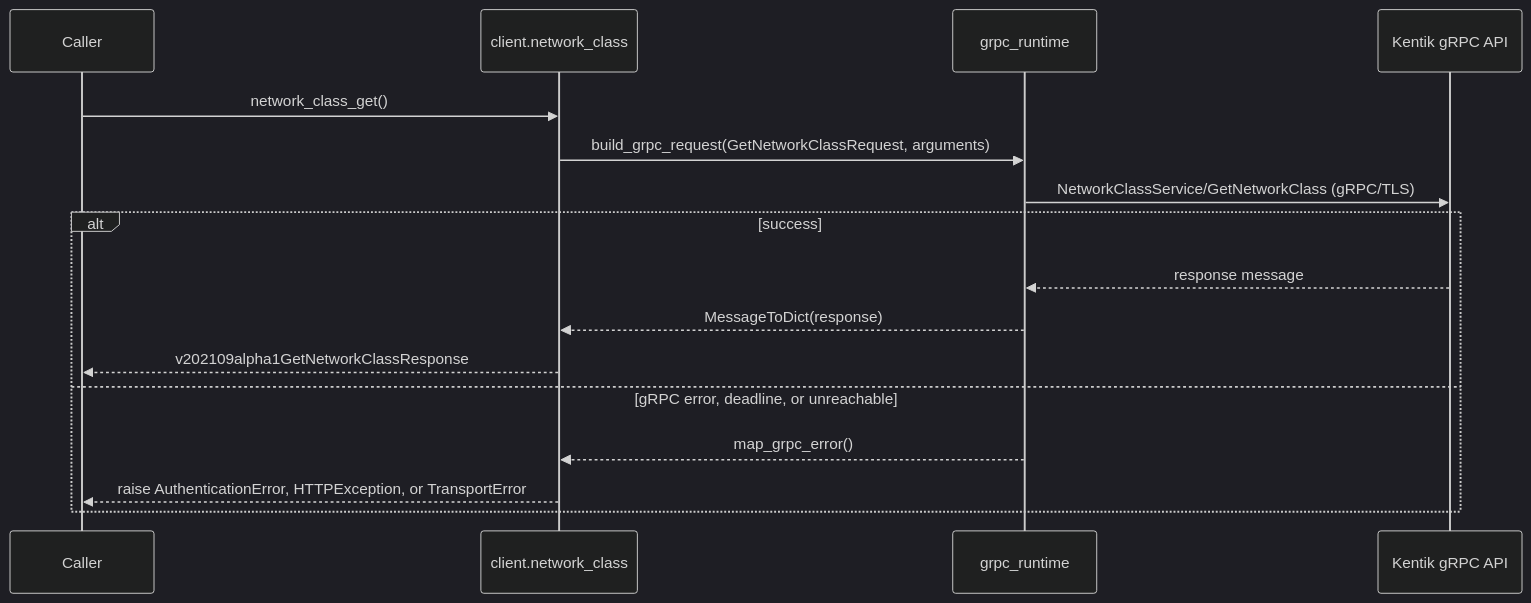
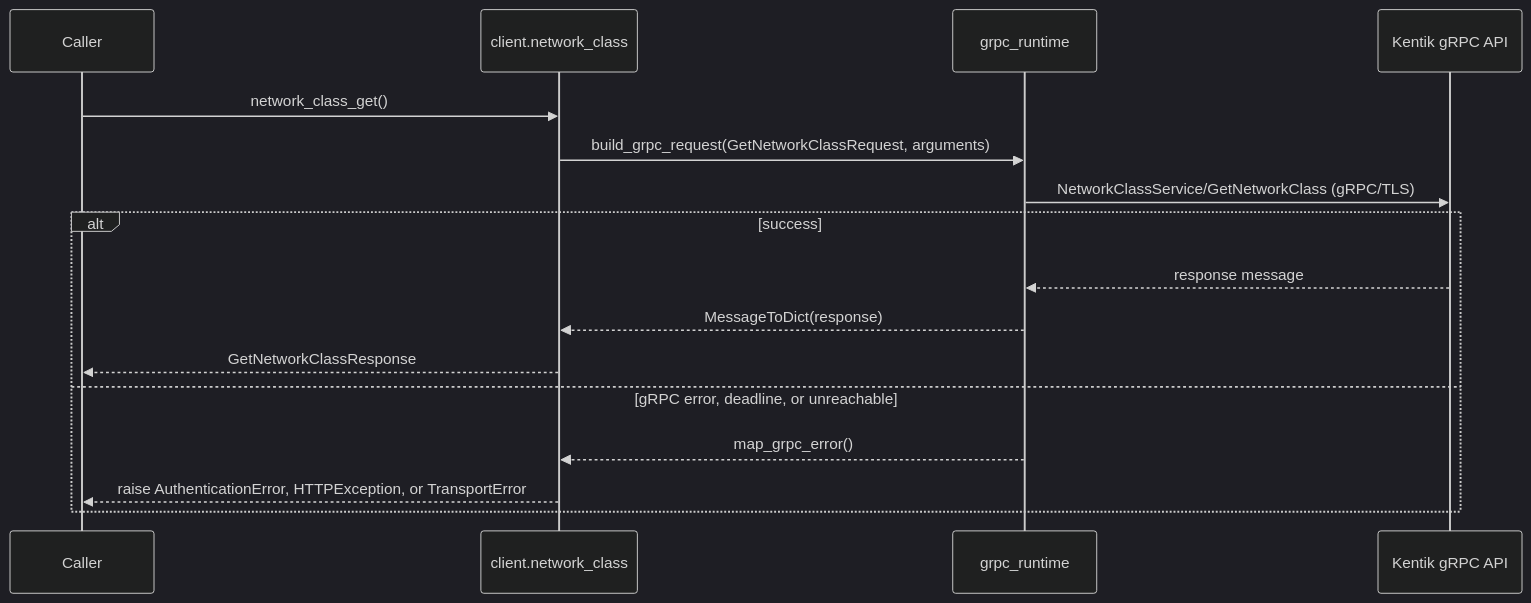
Before and after one commit to alexdearaujo/community_sdk_python: the third of 6 diagrams in docs/sphinx/services/network_class.md, drawn with Mermaid (dark theme). The commit also changed other lines of this file and 38 other files, not shown here.

````diff
--- a/docs/sphinx/services/network_class.md
+++ b/docs/sphinx/services/network_class.md
@@ -59,19 +59,19 @@
 ```mermaid
 sequenceDiagram
     participant C as Caller
     participant W as client.network_class
     participant R as grpc_runtime
     participant API as Kentik gRPC API
 
     C->>W: network_class_get()
     W->>R: build_grpc_request(GetNetworkClassRequest, arguments)
     R->>API: NetworkClassService/GetNetworkClass (gRPC/TLS)
     alt success
         API-->>R: response message
         R-->>W: MessageToDict(response)
-        W-->>C: v202109alpha1GetNetworkClassResponse
+        W-->>C: GetNetworkClassResponse
     else gRPC error, deadline, or unreachable
         R-->>W: map_grpc_error()
         W-->>C: raise AuthenticationError, HTTPException, or TransportError
     end
 ```
````
